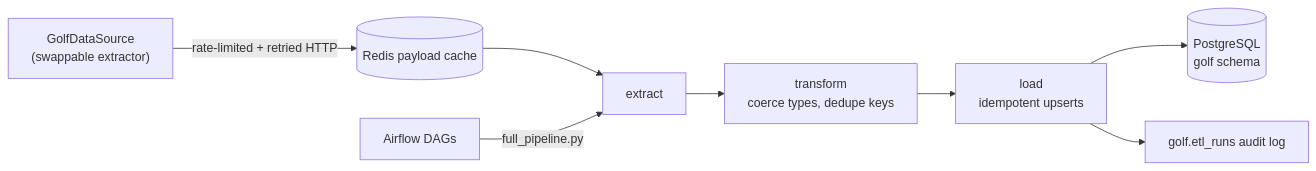
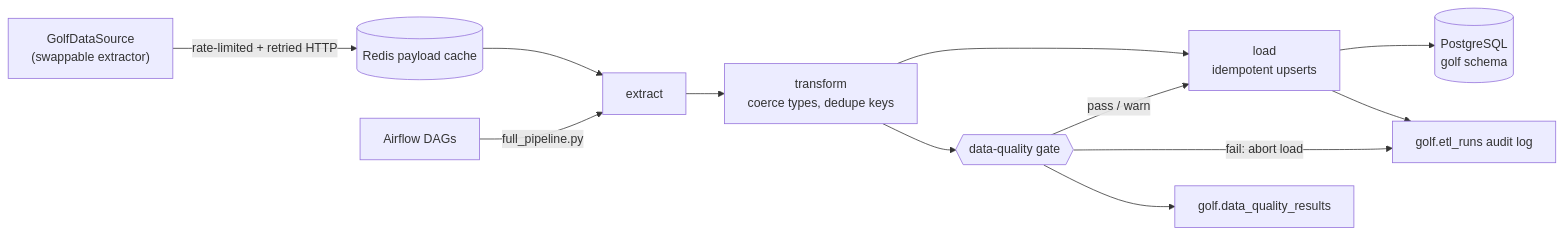
One commit to bcook26/pga-golf-pipeline changed the diagram in README.md. Above: the diagram before and after it, drawn with Mermaid. The commit also changed other lines of this file and 18 other files, not shown here.

````diff
--- a/README.md
+++ b/README.md
@@ -10,10 +10,14 @@
 ```mermaid
 flowchart LR
     SRC["GolfDataSource<br/>(swappable extractor)"] -->|rate-limited + retried HTTP| CACHE[(Redis payload cache)]
     CACHE --> EX[extract]
     EX --> TR[transform<br/>coerce types, dedupe keys]
     TR --> LD[load<br/>idempotent upserts]
     LD --> PG[(PostgreSQL<br/>golf schema)]
     AF[Airflow DAGs] -->|full_pipeline.py| EX
+    TR --> DQ{{data-quality gate}}
+    DQ -->|pass / warn| LD
+    DQ -->|fail: abort load| AUDIT
+    DQ --> RES[golf.data_quality_results]
     LD --> AUDIT[golf.etl_runs audit log]
 ```
````
